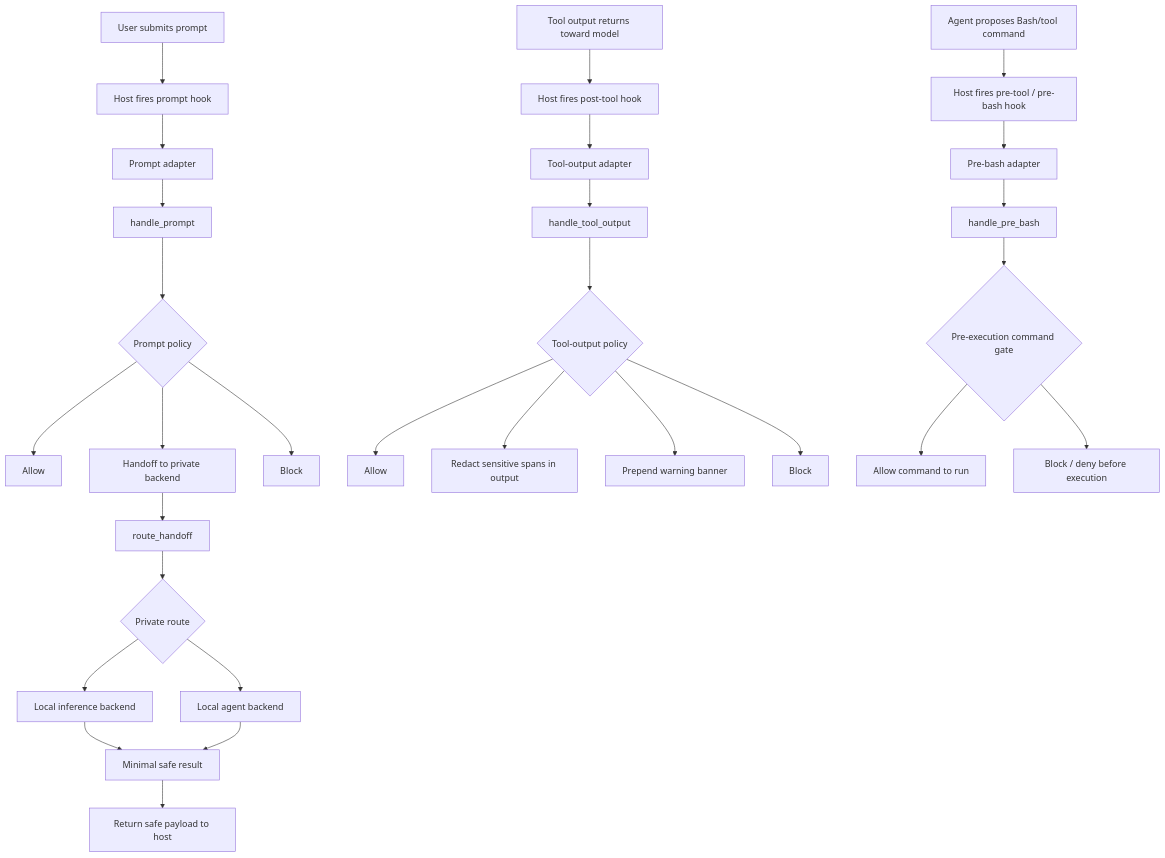
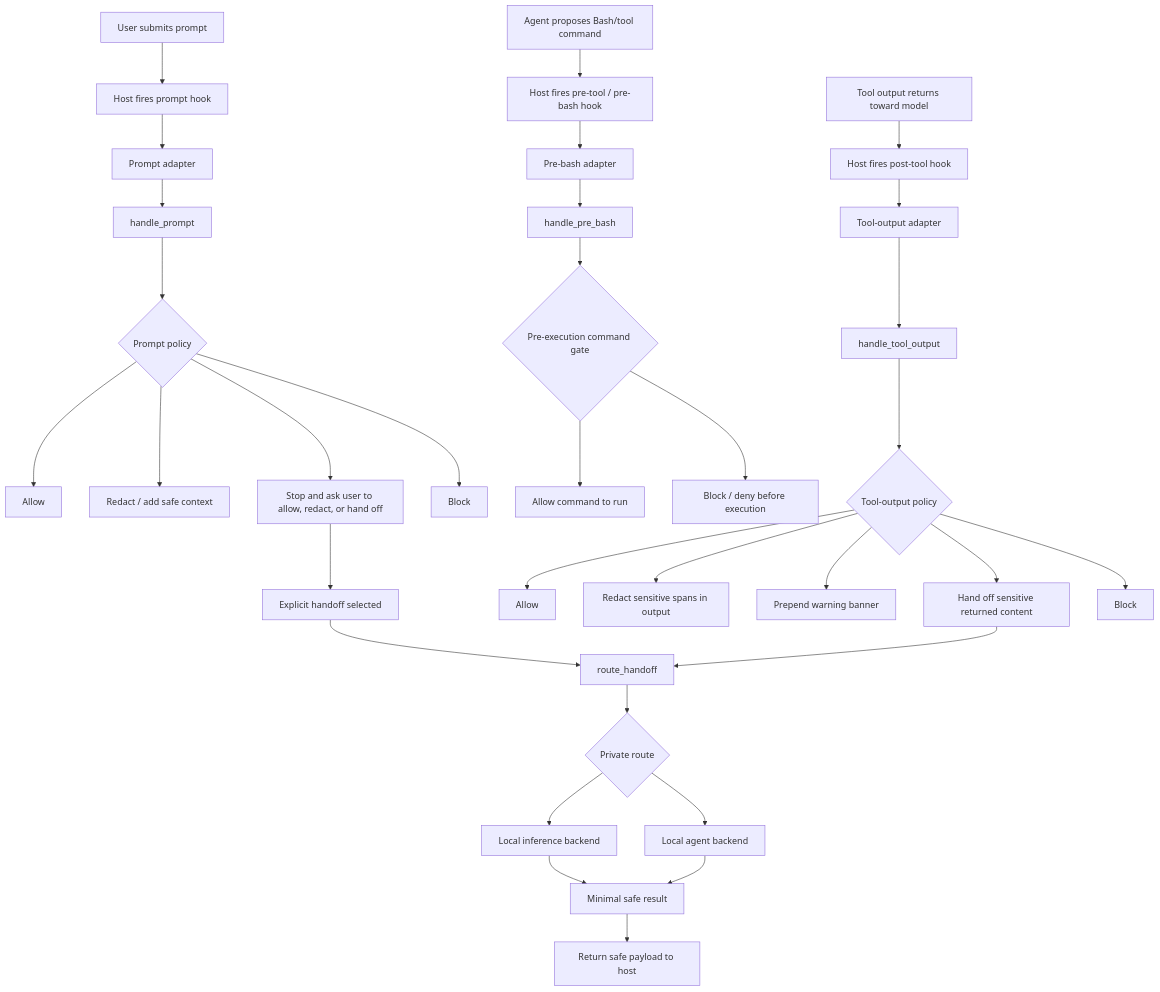
Before and after one commit to JackDDavis/justanothertech-blog: the first of 2 diagrams in _posts/2026-06-16-agent-privacy-research-writeup.md, drawn with Mermaid.

Commit message:
Update: restore handoff/stop-ask in prompt, restore output handoff, add warn path

```diff
--- a/_posts/2026-06-16-agent-privacy-research-writeup.md
+++ b/_posts/2026-06-16-agent-privacy-research-writeup.md
@@ -32,40 +32,45 @@
 <div class="mermaid">
 flowchart TD
     UserPrompt[User submits prompt] --> PromptEvent[Host fires prompt hook]
     AgentCommand[Agent proposes Bash/tool command] --> PreEvent[Host fires pre-tool / pre-bash hook]
     ToolOutput[Tool output returns toward model] --> PostEvent[Host fires post-tool hook]
 
     PromptEvent --> PromptAdapter[Prompt adapter]
     PreEvent --> PreAdapter[Pre-bash adapter]
     PostEvent --> PostAdapter[Tool-output adapter]
 
     PromptAdapter --> PromptRunner[handle_prompt]
     PreAdapter --> PreRunner[handle_pre_bash]
     PostAdapter --> ToolRunner[handle_tool_output]
 
     PromptRunner --> PromptPolicy{Prompt policy}
     ToolRunner --> OutputPolicy{Tool-output policy}
     PreRunner --> BashGate{Pre-execution command gate}
 
     PromptPolicy --> PromptAllow[Allow]
-    PromptPolicy --> PromptHandoff[Handoff to private backend]
+    PromptPolicy --> PromptRedact[Redact / add safe context]
+    PromptPolicy --> PromptChoice[Stop and ask user to allow, redact, or hand off]
     PromptPolicy --> PromptBlock[Block]
 
+    PromptChoice --> PromptHandoff[Explicit handoff selected]
     PromptHandoff --> Router[route_handoff]
 
     OutputPolicy --> OutputAllow[Allow]
     OutputPolicy --> OutputRedact[Redact sensitive spans in output]
     OutputPolicy --> OutputWarn[Prepend warning banner]
+    OutputPolicy --> OutputHandoff[Hand off sensitive returned content]
     OutputPolicy --> OutputBlock[Block]
+
+    OutputHandoff --> Router
 
     BashGate --> BashAllow[Allow command to run]
     BashGate --> BashBlock[Block / deny before execution]
 
     Router --> RouteDecision{Private route}
     RouteDecision --> Direct[Local inference backend]
     RouteDecision --> LocalAgent[Local agent backend]
 
     Direct --> SafeResult[Minimal safe result]
     LocalAgent --> SafeResult[Minimal safe result]
     SafeResult --> HostReturn[Return safe payload to host]
 </div>
```
